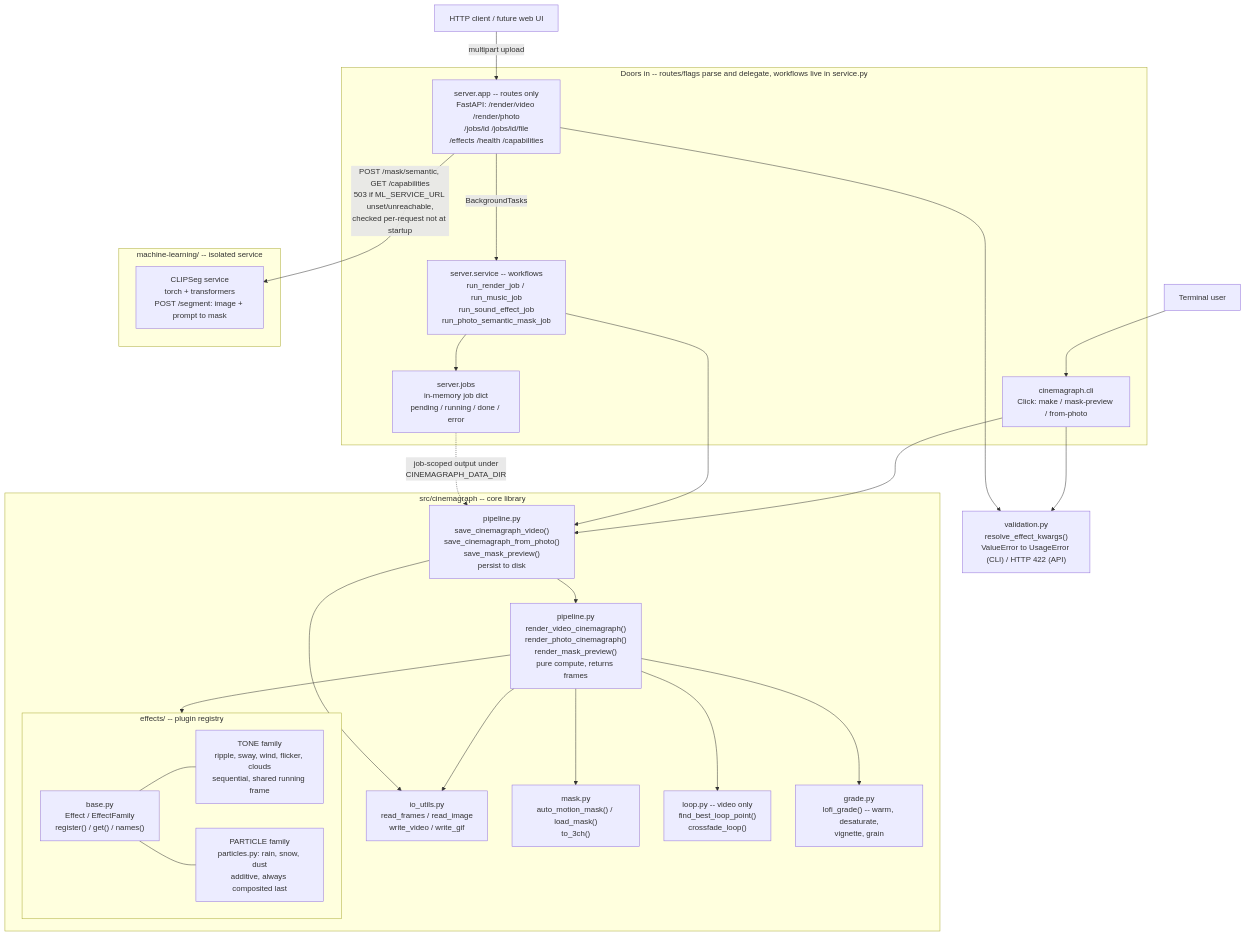
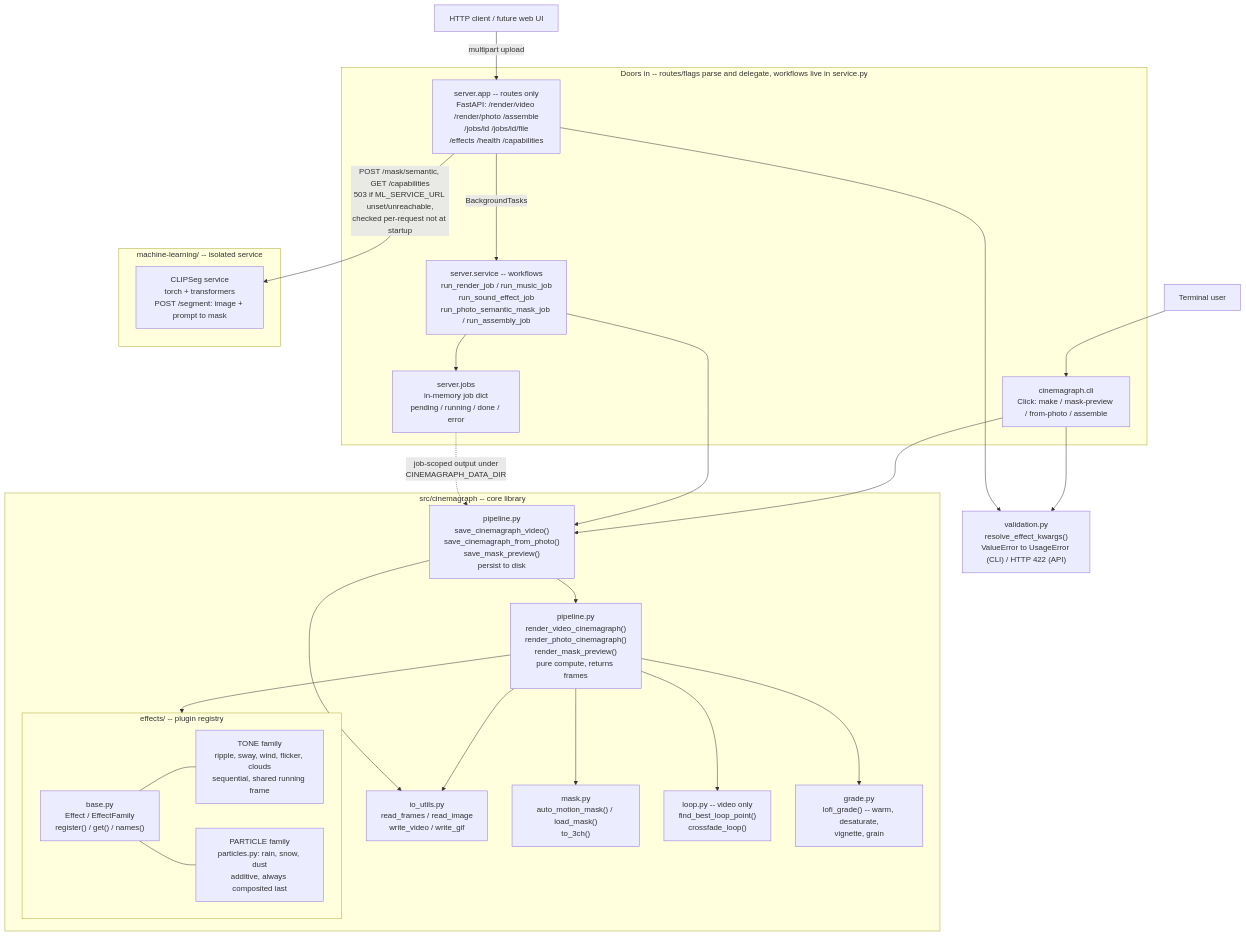
One commit to glb99/cinemagraph changed the first of 2 diagrams in README.md. Above: the diagram before and after it, drawn with Mermaid. The commit also changed other lines of this file and 13 other files, not shown here.

````diff
--- a/README.md
+++ b/README.md
@@ -346,57 +360,57 @@
 ```mermaid
 flowchart TB
     TermUser["Terminal user"]
     HttpUser["HTTP client / future web UI"]
 
     TermUser --> CLI
     HttpUser -->|"multipart upload"| API
 
     subgraph EntryPoints["Doors in -- routes/flags parse and delegate, workflows live in service.py"]
-        CLI["cinemagraph.cli<br/>Click: make / mask-preview / from-photo"]
-        API["server.app -- routes only<br/>FastAPI: /render/video /render/photo<br/>/jobs/id /jobs/id/file<br/>/effects /health /capabilities"]
-        Service["server.service -- workflows<br/>run_render_job / run_music_job<br/>run_sound_effect_job<br/>run_photo_semantic_mask_job"]
+        CLI["cinemagraph.cli<br/>Click: make / mask-preview / from-photo / assemble"]
+        API["server.app -- routes only<br/>FastAPI: /render/video /render/photo /assemble<br/>/jobs/id /jobs/id/file<br/>/effects /health /capabilities"]
+        Service["server.service -- workflows<br/>run_render_job / run_music_job<br/>run_sound_effect_job<br/>run_photo_semantic_mask_job / run_assembly_job"]
         Jobs["server.jobs<br/>in-memory job dict<br/>pending / running / done / error"]
         API -->|"BackgroundTasks"| Service
         Service --> Jobs
     end
 
     CLI --> Validation
     API --> Validation
     Validation["validation.py<br/>resolve_effect_kwargs()<br/>ValueError to UsageError (CLI) / HTTP 422 (API)"]
 
     CLI --> Save
     Service --> Save
     Jobs -.->|"job-scoped output under<br/>CINEMAGRAPH_DATA_DIR"| Save
 
     subgraph CoreLib["src/cinemagraph -- core library"]
         Save["pipeline.py<br/>save_cinemagraph_video()<br/>save_cinemagraph_from_photo()<br/>save_mask_preview()<br/>persist to disk"]
         Render["pipeline.py<br/>render_video_cinemagraph()<br/>render_photo_cinemagraph()<br/>render_mask_preview()<br/>pure compute, returns frames"]
         Save --> Render
 
         IO["io_utils.py<br/>read_frames / read_image<br/>write_video / write_gif"]
         Mask["mask.py<br/>auto_motion_mask() / load_mask()<br/>to_3ch()"]
         Loop["loop.py -- video only<br/>find_best_loop_point()<br/>crossfade_loop()"]
         Grade["grade.py<br/>lofi_grade() -- warm, desaturate,<br/>vignette, grain"]
 
         subgraph Effects["effects/ -- plugin registry"]
             Base["base.py<br/>Effect / EffectFamily<br/>register() / get() / names()"]
             Tone["TONE family<br/>ripple, sway, wind, flicker, clouds<br/>sequential, shared running frame"]
             Particle["PARTICLE family<br/>particles.py: rain, snow, dust<br/>additive, always composited last"]
             Base --- Tone
             Base --- Particle
         end
 
         Render --> IO
         Render --> Mask
         Render --> Loop
         Render --> Grade
         Render --> Effects
         Save --> IO
     end
 
     API -->|"POST /mask/semantic, GET /capabilities<br/>503 if ML_SERVICE_URL unset/unreachable,<br/>checked per-request not at startup"| MLService
 
     subgraph MachineLearning["machine-learning/ -- isolated service"]
         MLService["CLIPSeg service<br/>torch + transformers<br/>POST /segment: image + prompt to mask"]
     end
 ```
````
